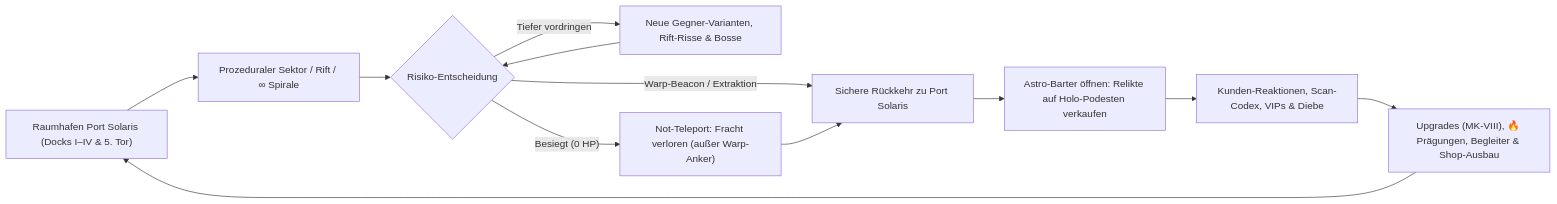
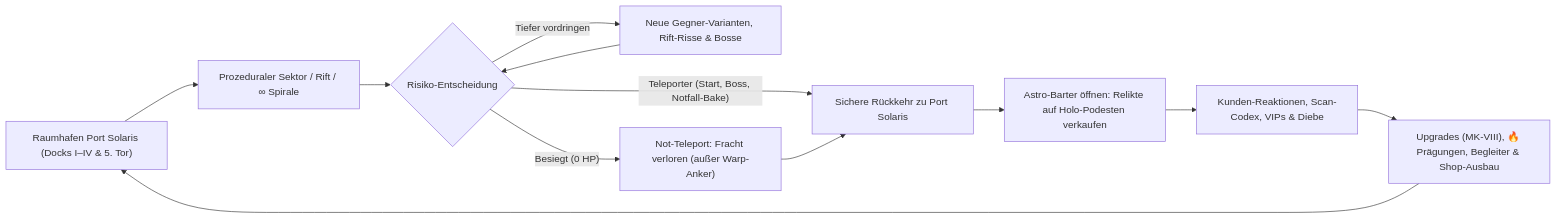
One commit to lucabose80-cmd/Space-Game changed the diagram in GAME_DESIGN_DOCUMENT.md. Above: the diagram before and after it, drawn with Mermaid. The commit also changed other lines of this file and 10 other files, not shown here.

````diff
--- a/GAME_DESIGN_DOCUMENT.md
+++ b/GAME_DESIGN_DOCUMENT.md
@@ -21,14 +21,14 @@
 ```mermaid
 flowchart LR
     A["Raumhafen Port Solaris (Docks I–IV & 5. Tor)"] --> B["Prozeduraler Sektor / Rift / ∞ Spirale"]
     B --> C{"Risiko-Entscheidung"}
     C -- "Tiefer vordringen" --> D["Neue Gegner-Varianten, Rift-Risse & Bosse"]
     D --> C
-    C -- "Warp-Beacon / Extraktion" --> E["Sichere Rückkehr zu Port Solaris"]
+    C -- "Teleporter (Start, Boss, Notfall-Bake)" --> E["Sichere Rückkehr zu Port Solaris"]
     C -- "Besiegt (0 HP)" --> F["Not-Teleport: Fracht verloren (außer Warp-Anker)"]
     F --> E
     E --> G["Astro-Barter öffnen: Relikte auf Holo-Podesten verkaufen"]
     G --> H["Kunden-Reaktionen, Scan-Codex, VIPs & Diebe"]
     H --> I["Upgrades (MK-VIII), 🔥 Prägungen, Begleiter & Shop-Ausbau"]
     I --> A
 ```
````
